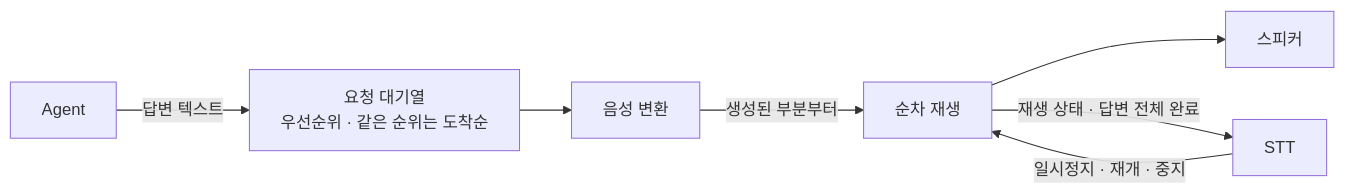
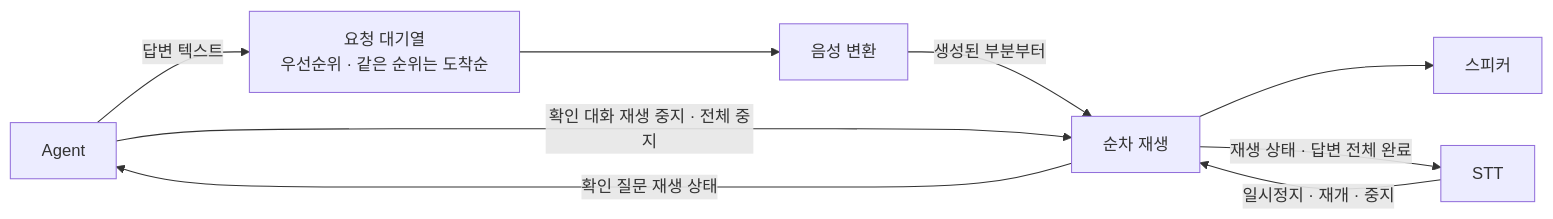
The first of 2 diagrams in malbut_tts/docs/tts_agent.md (SWM-malbut/malbut), drawn with Mermaid before and after one commit. The commit also changed other lines of this file and 104 other files, not shown here.

````diff
--- a/malbut_tts/docs/tts_agent.md
+++ b/malbut_tts/docs/tts_agent.md
@@ -3,10 +3,12 @@
 ```mermaid
 flowchart LR
     Agent["Agent"] -->|"답변 텍스트"| Queue["요청 대기열<br/>우선순위 · 같은 순위는 도착순"]
     Queue --> TTS["음성 변환"]
     TTS -->|"생성된 부분부터"| Play["순차 재생"]
     Play --> Speaker["스피커"]
 
     STT["STT"] -->|"일시정지 · 재개 · 중지"| Play
+    Agent -->|"확인 대화 재생 중지 · 전체 중지"| Play
     Play -->|"재생 상태 · 답변 전체 완료"| STT
+    Play -->|"확인 질문 재생 상태"| Agent
 ```
````
